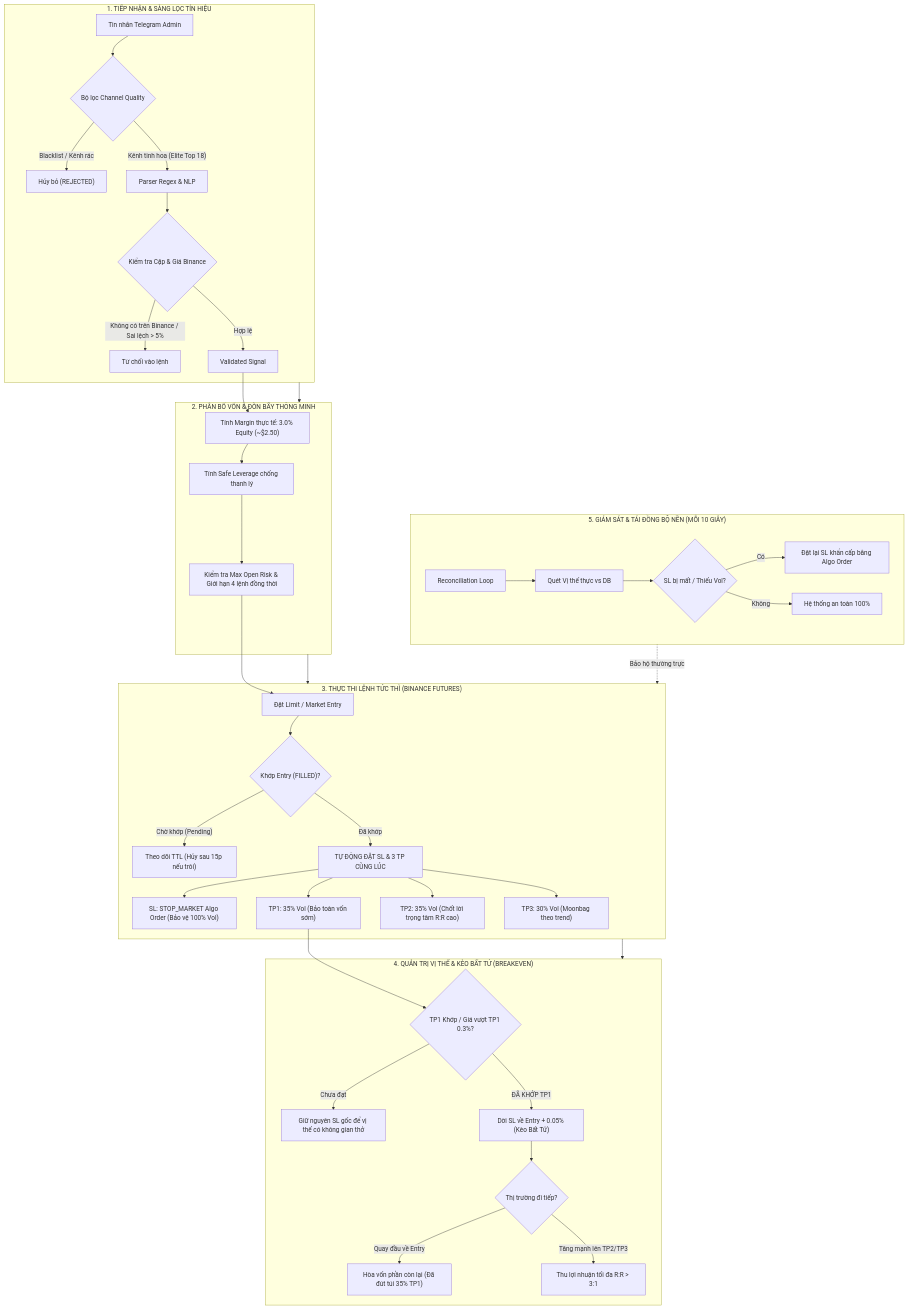
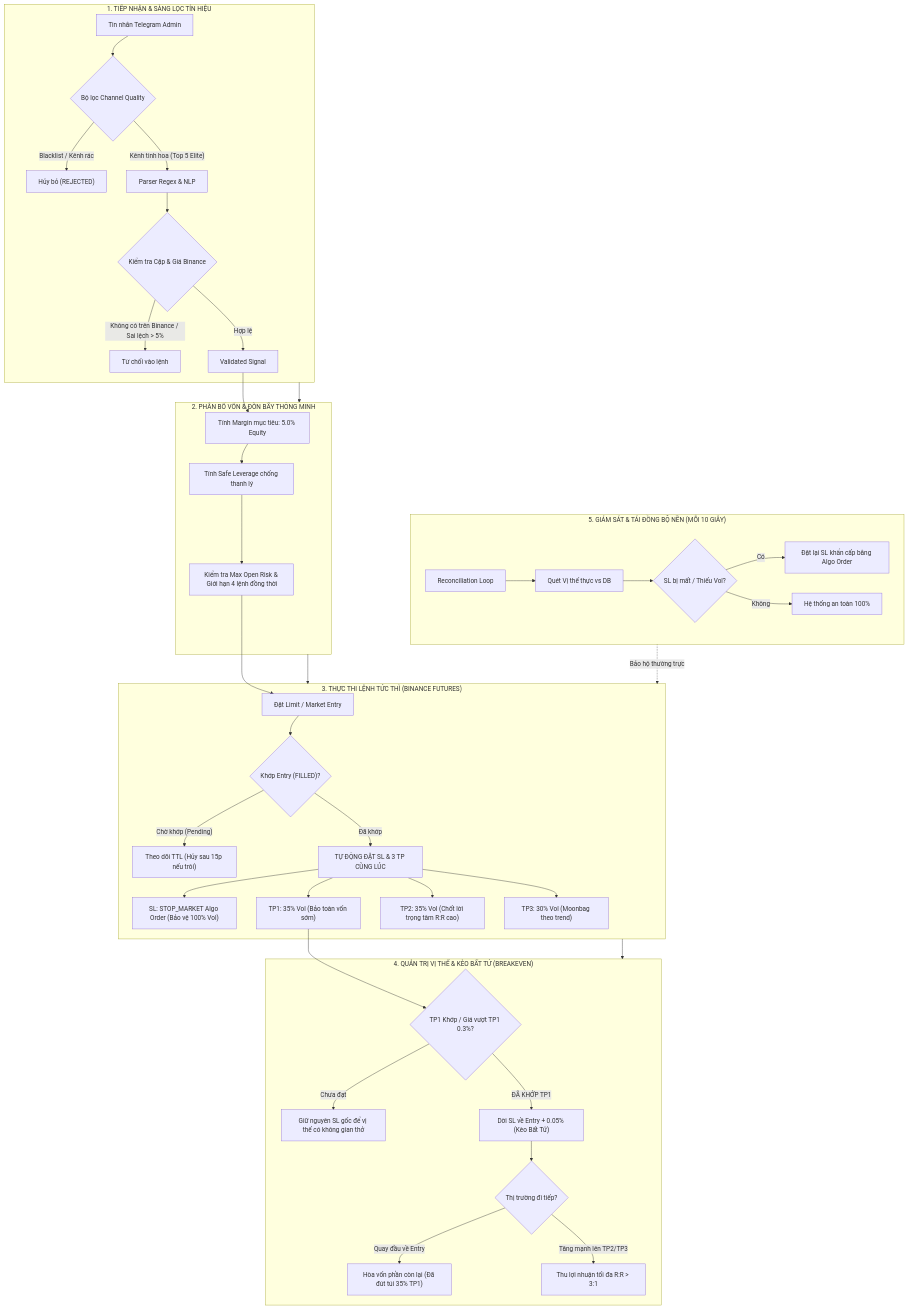
One commit to DungDT293/bottradecrypto changed the diagram in docs/CRYPTO_TRADING_MINDMAP_AND_GROWTH_SYSTEM.md. Above: the diagram before and after it, drawn with Mermaid. The commit also changed other lines of this file and 153 other files, not shown here.

````diff
--- a/docs/CRYPTO_TRADING_MINDMAP_AND_GROWTH_SYSTEM.md
+++ b/docs/CRYPTO_TRADING_MINDMAP_AND_GROWTH_SYSTEM.md
@@ -19,47 +19,47 @@
 ```mermaid
 flowchart TD
     subgraph INGESTION["1. TIẾP NHẬN & SÀNG LỌC TÍN HIỆU"]
         A["Tin nhắn Telegram Admin"] --> B{"Bộ lọc Channel Quality"}
         B -- "Blacklist / Kênh rác" --> B_REJ["Hủy bỏ (REJECTED)"]
-        B -- "Kênh tinh hoa (Elite Top 18)" --> C["Parser Regex & NLP"]
+        B -- "Kênh tinh hoa (Top 5 Elite)" --> C["Parser Regex & NLP"]
         C --> D{"Kiểm tra Cặp & Giá Binance"}
         D -- "Không có trên Binance / Sai lệch > 5%" --> D_REJ["Từ chối vào lệnh"]
         D -- "Hợp lệ" --> E["Validated Signal"]
     end
 
     subgraph RISK_SIZING["2. PHÂN BỔ VỐN & ĐÒN BẨY THÔNG MINH"]
-        E --> F["Tính Margin thực tế: 3.0% Equity (~$2.50)"]
+        E --> F["Tính Margin mục tiêu: 5.0% Equity"]
         F --> G["Tính Safe Leverage chống thanh lý"]
         G --> H["Kiểm tra Max Open Risk & Giới hạn 4 lệnh đồng thời"]
     end
 
     subgraph EXECUTION["3. THỰC THI LỆNH TỨC THÌ (BINANCE FUTURES)"]
         H --> I["Đặt Limit / Market Entry"]
         I --> J{"Khớp Entry (FILLED)?"}
         J -- "Chờ khớp (Pending)" --> J_WAIT["Theo dõi TTL (Hủy sau 15p nếu trôi)"]
         J -- "Đã khớp" --> K["TỰ ĐỘNG ĐẶT SL & 3 TP CÙNG LÚC"]
         K --> L["SL: STOP_MARKET Algo Order (Bảo vệ 100% Vol)"]
         K --> M["TP1: 35% Vol (Bảo toàn vốn sớm)"]
         K --> N["TP2: 35% Vol (Chốt lời trọng tâm R:R cao)"]
         K --> O["TP3: 30% Vol (Moonbag theo trend)"]
     end
 
     subgraph LIFECYCLE["4. QUẢN TRỊ VỊ THẾ & KÈO BẤT TỬ (BREAKEVEN)"]
         M --> P{"TP1 Khớp / Giá vượt TP1 0.3%?"}
         P -- "Chưa đạt" --> Q["Giữ nguyên SL gốc để vị thế có không gian thở"]
         P -- "ĐÃ KHỚP TP1" --> R["Dời SL về Entry + 0.05% (Kèo Bất Tử)"]
         R --> S{"Thị trường đi tiếp?"}
         S -- "Quay đầu về Entry" --> S_EXIT["Hòa vốn phần còn lại (Đã đút túi 35% TP1)"]
         S -- "Tăng mạnh lên TP2/TP3" --> T["Thu lợi nhuận tối đa R:R > 3:1"]
     end
 
     subgraph RECONCILIATION["5. GIÁM SÁT & TÁI ĐỒNG BỘ NỀN (MỖI 10 GIÂY)"]
         U["Reconciliation Loop"] --> V["Quét Vị thế thực vs DB"]
         V --> W{"SL bị mất / Thiếu Vol?"}
         W -- "Có" --> X["Đặt lại SL khẩn cấp bằng Algo Order"]
         W -- "Không" --> Y["Hệ thống an toàn 100%"]
     end
 
     INGESTION --> RISK_SIZING --> EXECUTION --> LIFECYCLE
     RECONCILIATION -.->|Bảo hộ thường trực| EXECUTION
 ```
````
